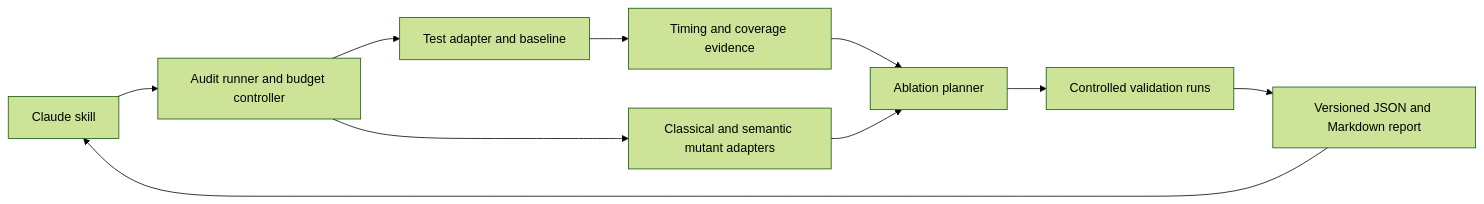
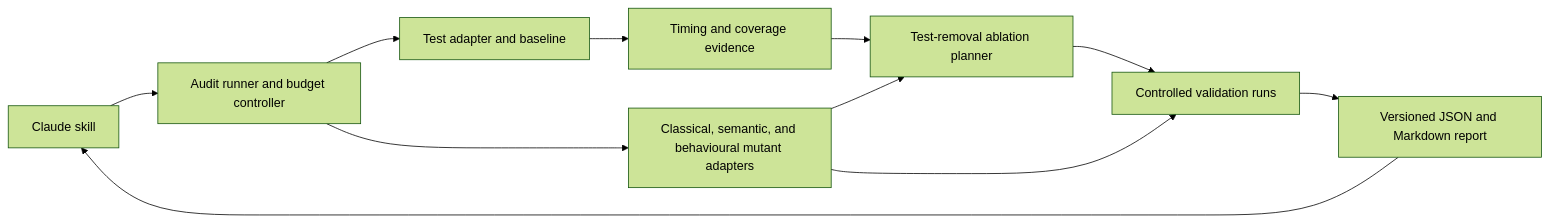
The diagram in docs/PRD.md (timini/agentic-verification), drawn with Mermaid (forest theme) before and after one commit. The commit also changed other lines of this file and 3 other files, not shown here.

Commit message:
Research behavioural ablation and specify null replacement experiments

````diff
--- a/docs/PRD.md
+++ b/docs/PRD.md
@@ -126,12 +141,13 @@
 ```mermaid
 flowchart LR
     A[Claude skill] --> B[Audit runner and budget controller]
     B --> C[Test adapter and baseline]
     C --> D[Timing and coverage evidence]
-    B --> E[Classical and semantic mutant adapters]
-    D --> F[Ablation planner]
+    B --> E[Classical, semantic, and behavioural mutant adapters]
+    D --> F[Test-removal ablation planner]
     E --> F
+    E --> G
     F --> G[Controlled validation runs]
     G --> H[Versioned JSON and Markdown report]
     H --> A
 ```
````
